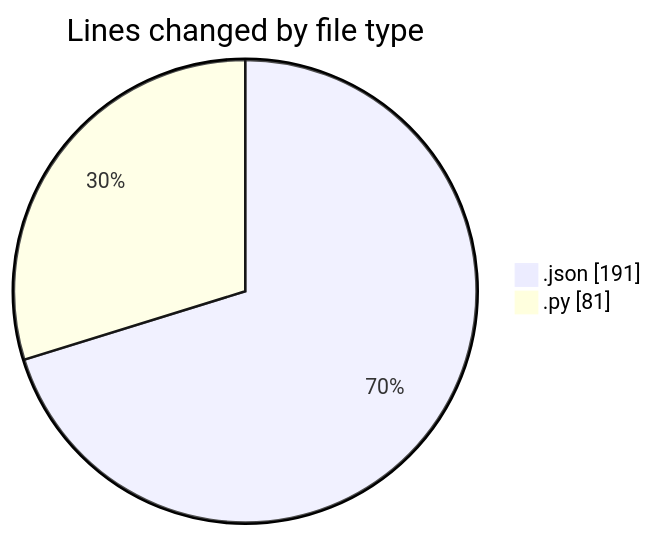
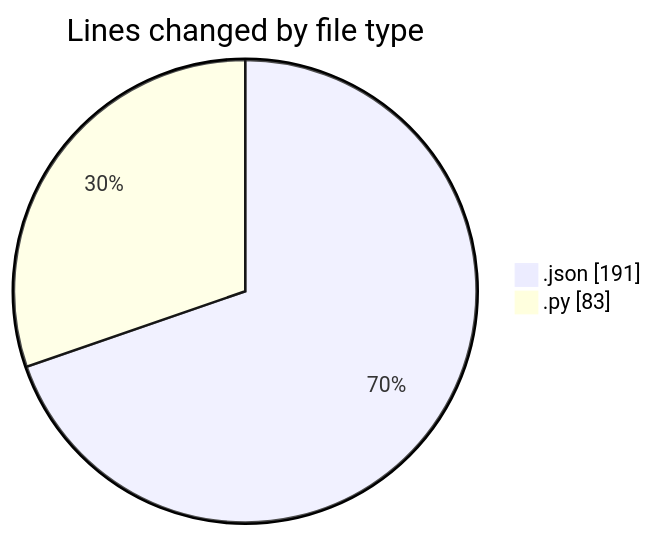
Before and after one commit to Ritupan-Deka/code-tracking: the first of 2 diagrams in 2026-01-02/dsa/README.md, drawn with Mermaid. The commit also changed other lines of this file and 1 other file, not shown here.

````diff
--- a/2026-01-02/dsa/README.md
+++ b/2026-01-02/dsa/README.md
@@ -21,6 +22,6 @@
 ```mermaid
 pie showData
 title Lines changed by file type
 ".json" : 191
-".py" : 81
+".py" : 83
 ```
````
